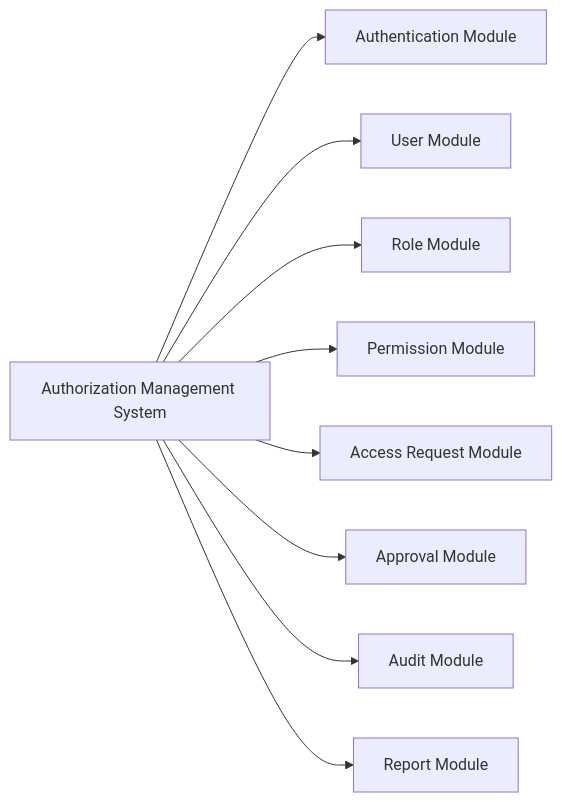
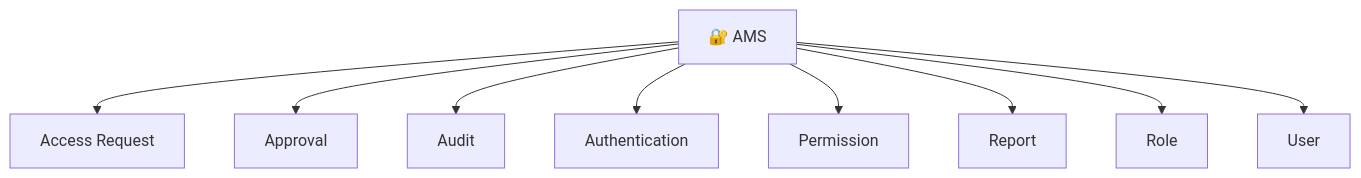
Diagram 18 of 29 in README.md (MotionPrograming/AuthorizationManagementSystem), drawn with Mermaid before and after one commit. The commit also changed other lines of this file and 33 other files, not shown here.

````diff
--- a/README.md
+++ b/README.md
@@ -568,23 +722,23 @@
 ```mermaid
-flowchart LR
+flowchart TB
 
-    AMS[Authorization Management System]
+    AMS["🔐 AMS"]
 
-    AUTH[Authentication Module]
-    USER[User Module]
-    ROLE[Role Module]
-    PERM[Permission Module]
-    ACCESS[Access Request Module]
-    APPROVAL[Approval Module]
-    AUDIT[Audit Module]
-    REPORT[Report Module]
+    ACCESS["Access Request"]
+    APPROVAL["Approval"]
+    AUDIT["Audit"]
+    AUTH["Authentication"]
+    PERMISSION["Permission"]
+    REPORT["Report"]
+    ROLE["Role"]
+    USER["User"]
 
-    AMS --> AUTH
-    AMS --> USER
-    AMS --> ROLE
-    AMS --> PERM
     AMS --> ACCESS
     AMS --> APPROVAL
     AMS --> AUDIT
+    AMS --> AUTH
+    AMS --> PERMISSION
     AMS --> REPORT
+    AMS --> ROLE
+    AMS --> USER
 ```
````
